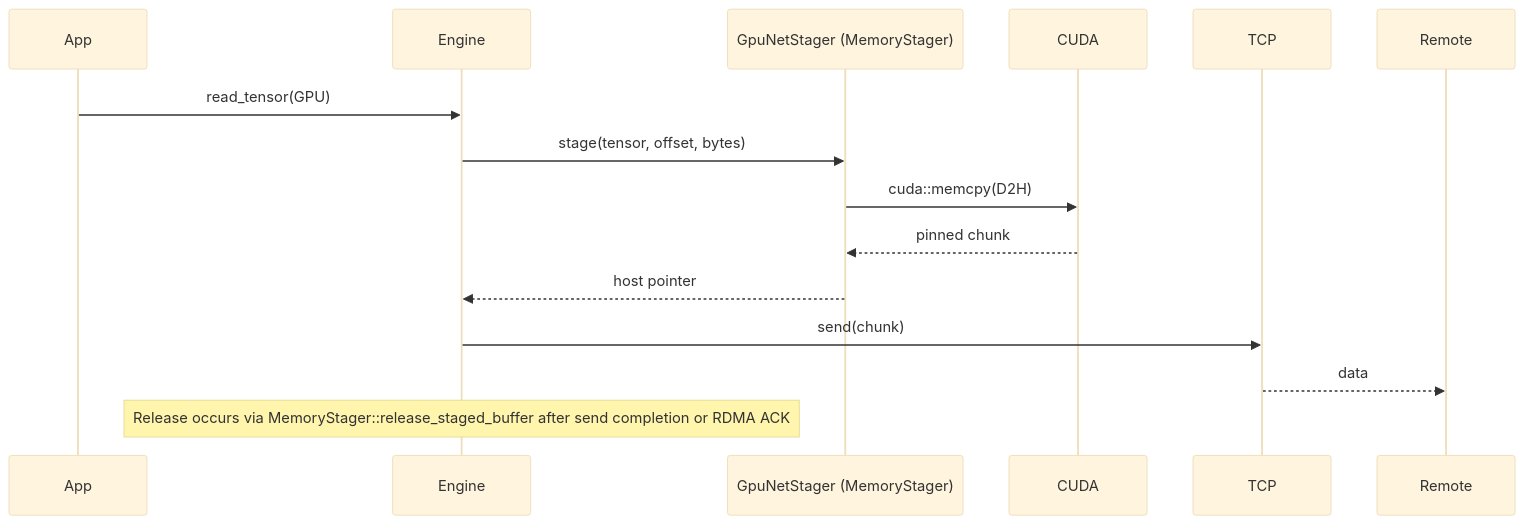
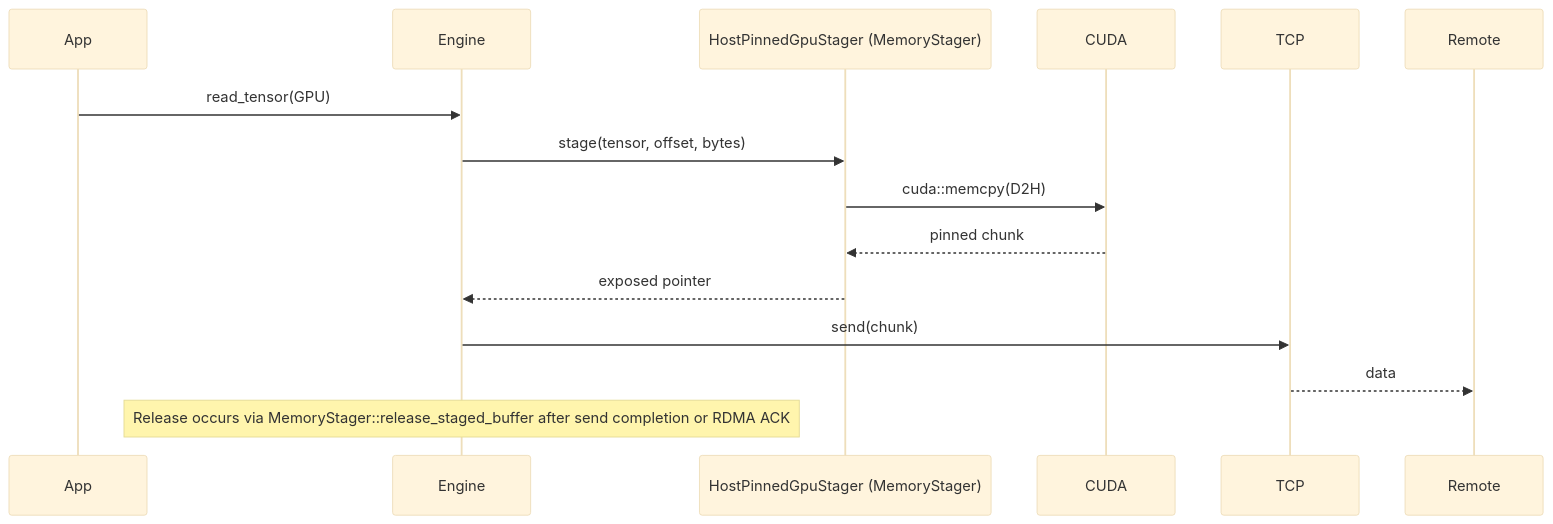
Before and after one commit to tensorcast-ai/tensorcast: the fifth of 13 diagrams in core/communicator/README.md, drawn with Mermaid (base theme). The commit also changed other lines of this file and 41 other files, not shown here.

````diff
--- a/core/communicator/README.md
+++ b/core/communicator/README.md
@@ -262,17 +268,17 @@
 ```mermaid
 sequenceDiagram
   participant App
   participant Engine
-  participant Stager as GpuNetStager (MemoryStager)
+  participant Stager as HostPinnedGpuStager (MemoryStager)
   participant CUDA
   participant TCP
 
   App->>Engine: read_tensor(GPU)
   Engine->>Stager: stage(tensor, offset, bytes)
   Stager->>CUDA: cuda::memcpy(D2H)
   CUDA-->>Stager: pinned chunk
-  Stager-->>Engine: host pointer
+  Stager-->>Engine: exposed pointer
   Engine->>TCP: send(chunk)
   TCP-->>Remote: data
   Note over Engine: Release occurs via MemoryStager::release_staged_buffer after send completion or RDMA ACK
 ```
````
